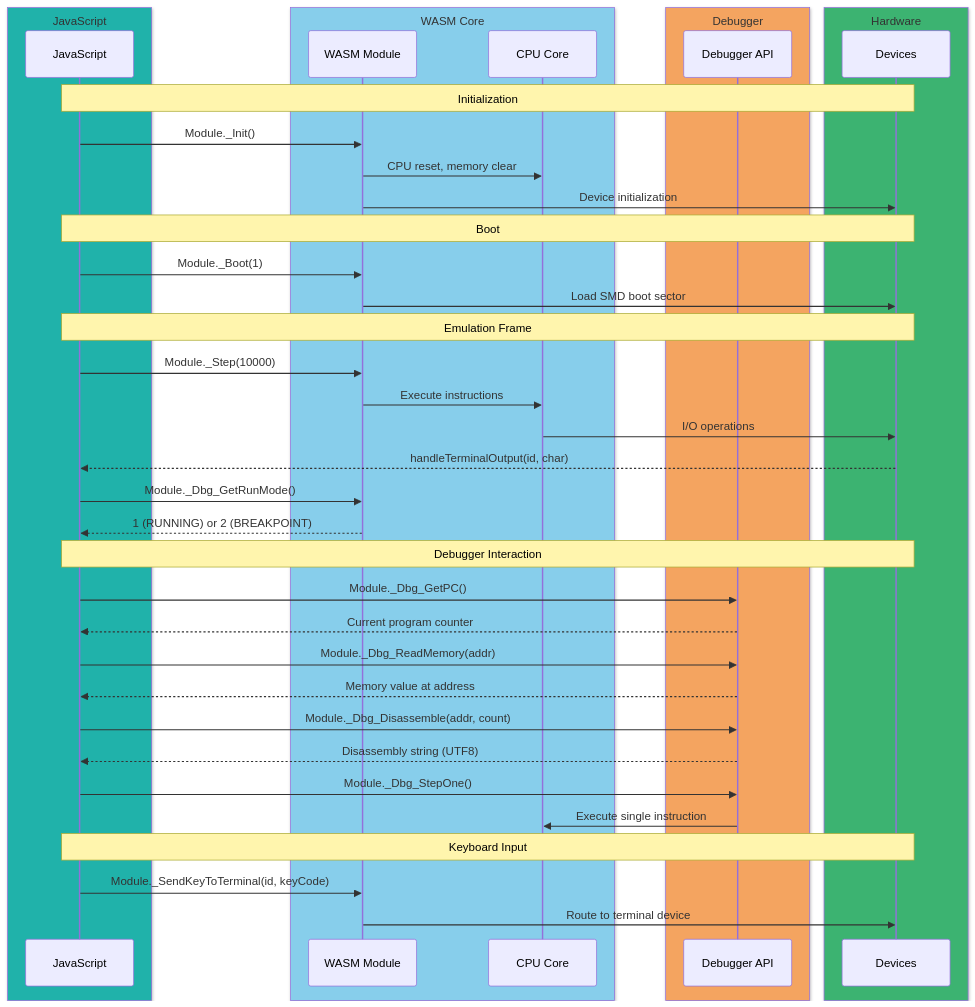
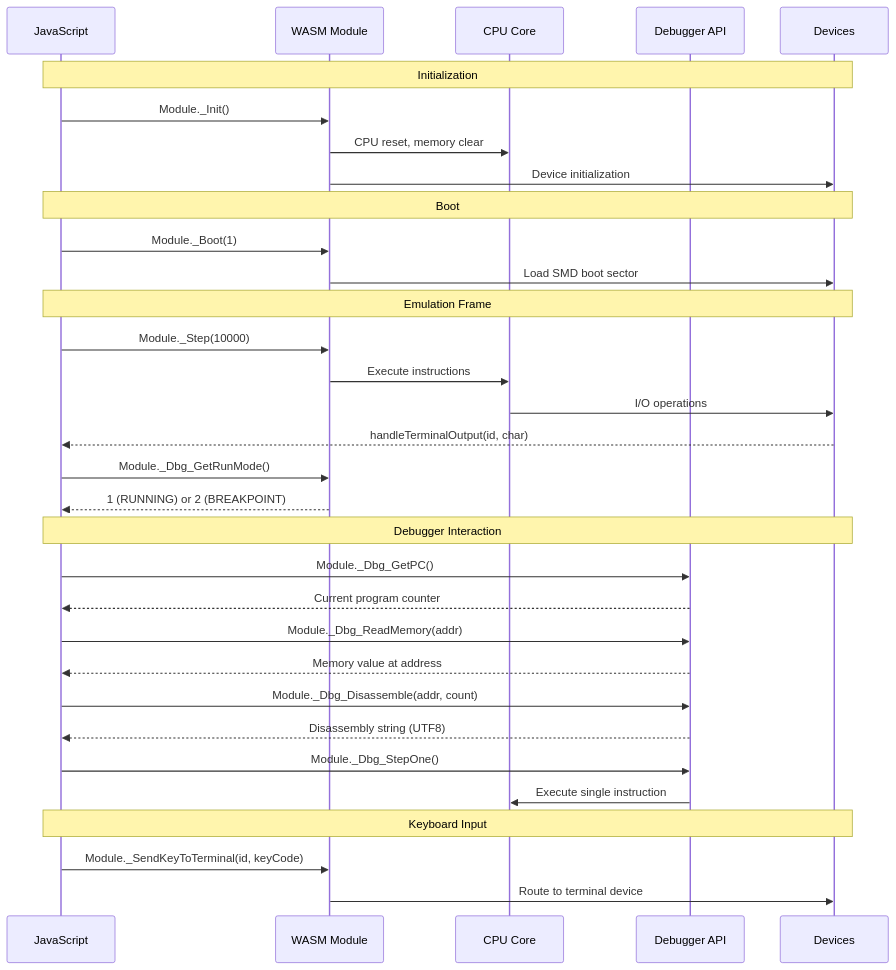
One commit to HackerCorpLabs/nd100x changed the third of 3 diagrams in GLASS.md. Above: the diagram before and after it, drawn with Mermaid. The commit also changed other lines of this file, not shown here.

First line of the commit message:
Remove colored boxes from sequence diagrams for dark mode compatibility

````diff
--- a/GLASS.md
+++ b/GLASS.md
@@ -603,47 +597,39 @@
 ```mermaid
 sequenceDiagram
-    box LightSeaGreen JavaScript
-        participant JS as JavaScript
-    end
-    box SkyBlue WASM Core
-        participant WASM as WASM Module
-        participant CPU as CPU Core
-    end
-    box SandyBrown Debugger
-        participant DBG as Debugger API
-    end
-    box MediumSeaGreen Hardware
-        participant DEV as Devices
-    end
+    participant JS as JavaScript
+    participant WASM as WASM Module
+    participant CPU as CPU Core
+    participant DBG as Debugger API
+    participant DEV as Devices
 
     Note over JS,DEV: Initialization
     JS->>WASM: Module._Init()
     WASM->>CPU: CPU reset, memory clear
     WASM->>DEV: Device initialization
 
     Note over JS,DEV: Boot
     JS->>WASM: Module._Boot(1)
     WASM->>DEV: Load SMD boot sector
 
     Note over JS,DEV: Emulation Frame
     JS->>WASM: Module._Step(10000)
     WASM->>CPU: Execute instructions
     CPU->>DEV: I/O operations
     DEV-->>JS: handleTerminalOutput(id, char)
     JS->>WASM: Module._Dbg_GetRunMode()
     WASM-->>JS: 1 (RUNNING) or 2 (BREAKPOINT)
 
     Note over JS,DEV: Debugger Interaction
     JS->>DBG: Module._Dbg_GetPC()
     DBG-->>JS: Current program counter
     JS->>DBG: Module._Dbg_ReadMemory(addr)
     DBG-->>JS: Memory value at address
     JS->>DBG: Module._Dbg_Disassemble(addr, count)
     DBG-->>JS: Disassembly string (UTF8)
     JS->>DBG: Module._Dbg_StepOne()
     DBG->>CPU: Execute single instruction
 
     Note over JS,DEV: Keyboard Input
     JS->>WASM: Module._SendKeyToTerminal(id, keyCode)
     WASM->>DEV: Route to terminal device
 ```
````
